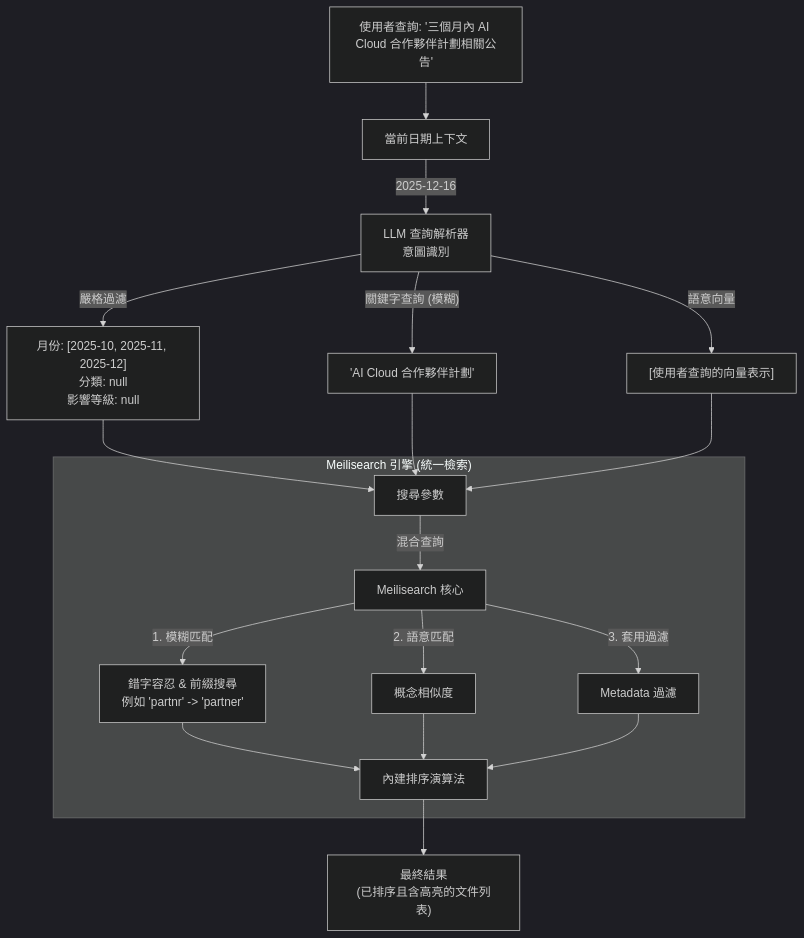
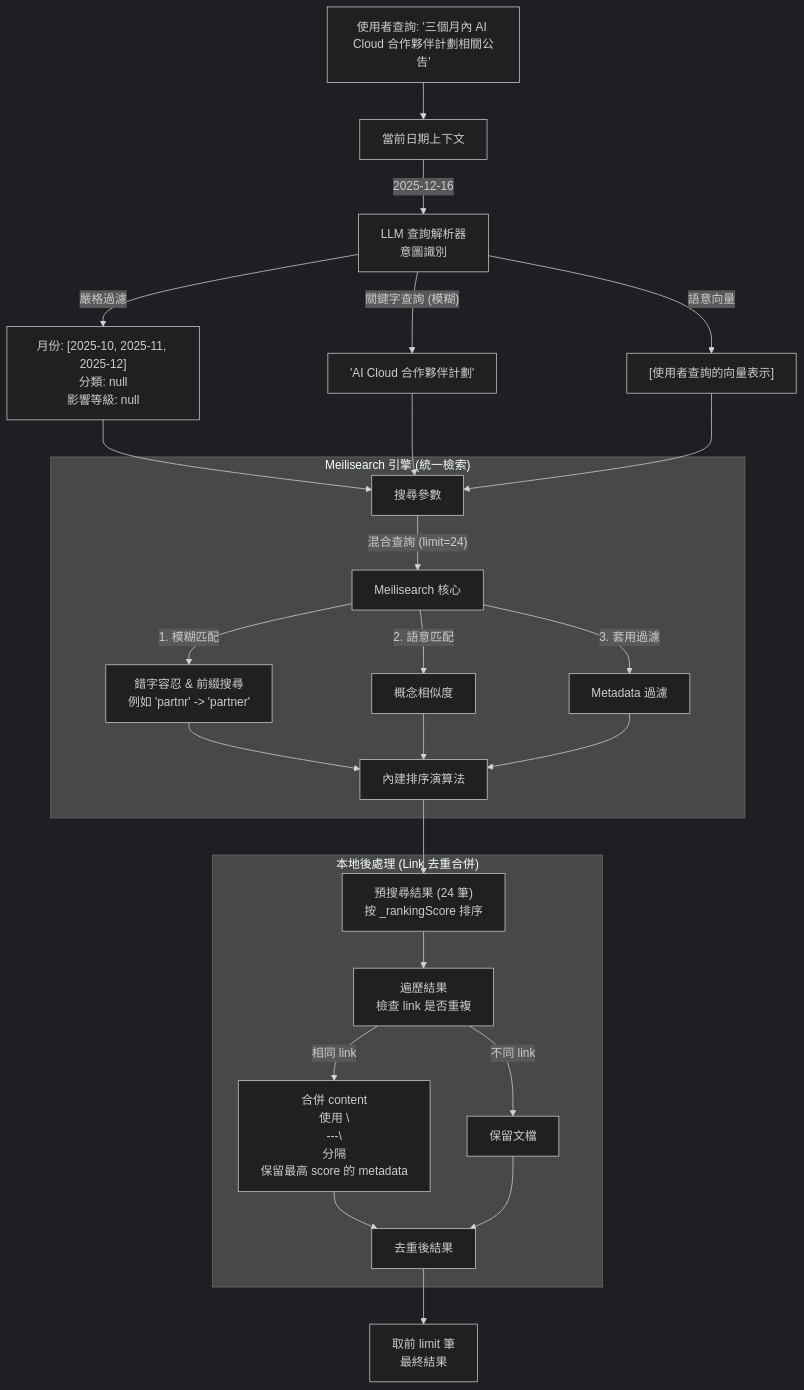
Before and after one commit to Data0831/meta-rag: the diagram in docs/archtect/search-flow.md, drawn with Mermaid (dark theme). The commit also changed other lines of this file and 5 other files, not shown here.

Commit message:
feat: search result combine same link

````diff
--- a/docs/archtect/search-flow.md
+++ b/docs/archtect/search-flow.md
@@ -5,23 +5,32 @@
 ```mermaid
 graph TD
     User["使用者查詢: '三個月內 AI Cloud 合作夥伴計劃相關公告'"] --> Context[當前日期上下文]
     Context -->|"2025-12-16"| LLM[LLM 查詢解析器<br/>意圖識別]
 
     LLM -->|"嚴格過濾"| Filters["月份: [2025-10, 2025-11, 2025-12]<br/>分類: null<br/>影響等級: null"]
     LLM -->|"關鍵字查詢 (模糊)"| KeywordQ["'AI Cloud 合作夥伴計劃'"]
     LLM -->|"語意向量"| VectorQ["[使用者查詢的向量表示]"]
-    
+
     Filters & KeywordQ & VectorQ --> SearchArgs[搜尋參數]
 
     subgraph "Meilisearch 引擎 (統一檢索)"
-        SearchArgs -->|混合查詢| Engine[Meilisearch 核心]
-        
+        SearchArgs -->|"混合查詢 (limit=24)"| Engine[Meilisearch 核心]
+
         Engine -->|1. 模糊匹配| KeywordResult[錯字容忍 & 前綴搜尋<br/>例如 'partnr' -> 'partner']
         Engine -->|2. 語意匹配| VectorResult[概念相似度]
         Engine -->|3. 套用過濾| FilterResult[Metadata 過濾]
-        
+
         KeywordResult & VectorResult & FilterResult --> Ranking[內建排序演算法]
     end
 
-    Ranking --> Final["最終結果<br/>(已排序且含高亮的文件列表)"]
+    Ranking --> PreResults["預搜尋結果 (24 筆)<br/>按 _rankingScore 排序"]
+
+    subgraph "本地後處理 (Link 去重合併)"
+        PreResults --> Merge["遍歷結果<br/>檢查 link 是否重複"]
+        Merge -->|"相同 link"| Concat["合併 content<br/>使用 \\n---\\n 分隔<br/>保留最高 score 的 metadata"]
+        Merge -->|"不同 link"| Keep["保留文檔"]
+        Concat & Keep --> Merged["去重後結果"]
+    end
+
+    Merged --> Final["取前 limit 筆<br/>最終結果"]
 ```
````
